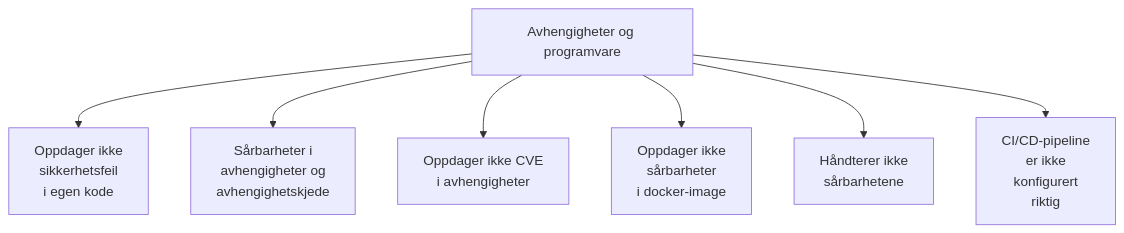
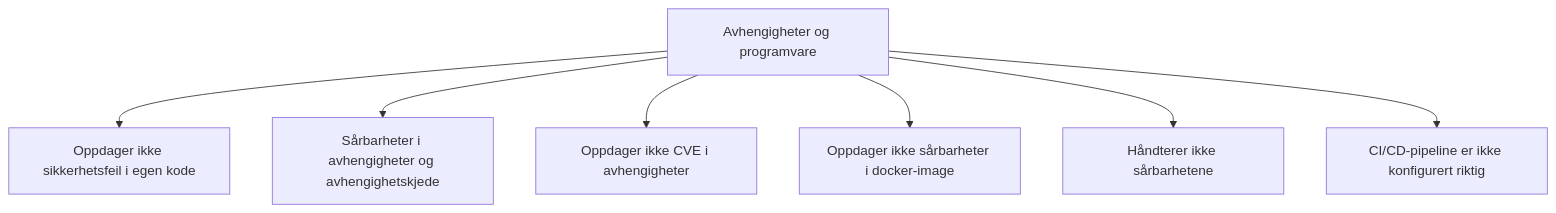
Before and after one commit to navikt/security-playbook: the seventh of 18 diagrams in docs/08-sikker-utvikling/_saarbarhetstraer.mdx, drawn with Mermaid. The commit also changed other lines of this file, not shown here.

````diff
--- a/docs/08-sikker-utvikling/_saarbarhetstraer.mdx
+++ b/docs/08-sikker-utvikling/_saarbarhetstraer.mdx
@@ -98,9 +98,9 @@
 ```mermaid
 graph TD;
-    AVHENG[Avhengigheter og programvare]-->Fei[Oppdager ikke\n sikkerhetsfeil\n i egen kode];
-    AVHENG-->SARB[Sårbarheter i\n avhengigheter og\n avhengighetskjede];
-    AVHENG-->OPPDAG[Oppdager ikke CVE\n i avhengigheter];
-    AVHENG-->DOCKER[Oppdager ikke\n sårbarheter\n i docker-image];
-    AVHENG-->HAND[Håndterer ikke\n sårbarhetene];
-    AVHENG-->CI[CI/CD-pipeline\n er ikke\n konfigurert\n riktig];
+    AVHENG[Avhengigheter og programvare]-->Fei[Oppdager ikke sikkerhetsfeil i egen kode];
+    AVHENG-->SARB[Sårbarheter i avhengigheter og avhengighetskjede];
+    AVHENG-->OPPDAG[Oppdager ikke CVE i avhengigheter];
+    AVHENG-->DOCKER[Oppdager ikke sårbarheter i docker-image];
+    AVHENG-->HAND[Håndterer ikke sårbarhetene];
+    AVHENG-->CI[CI/CD-pipeline er ikke konfigurert riktig];
 ```
````
